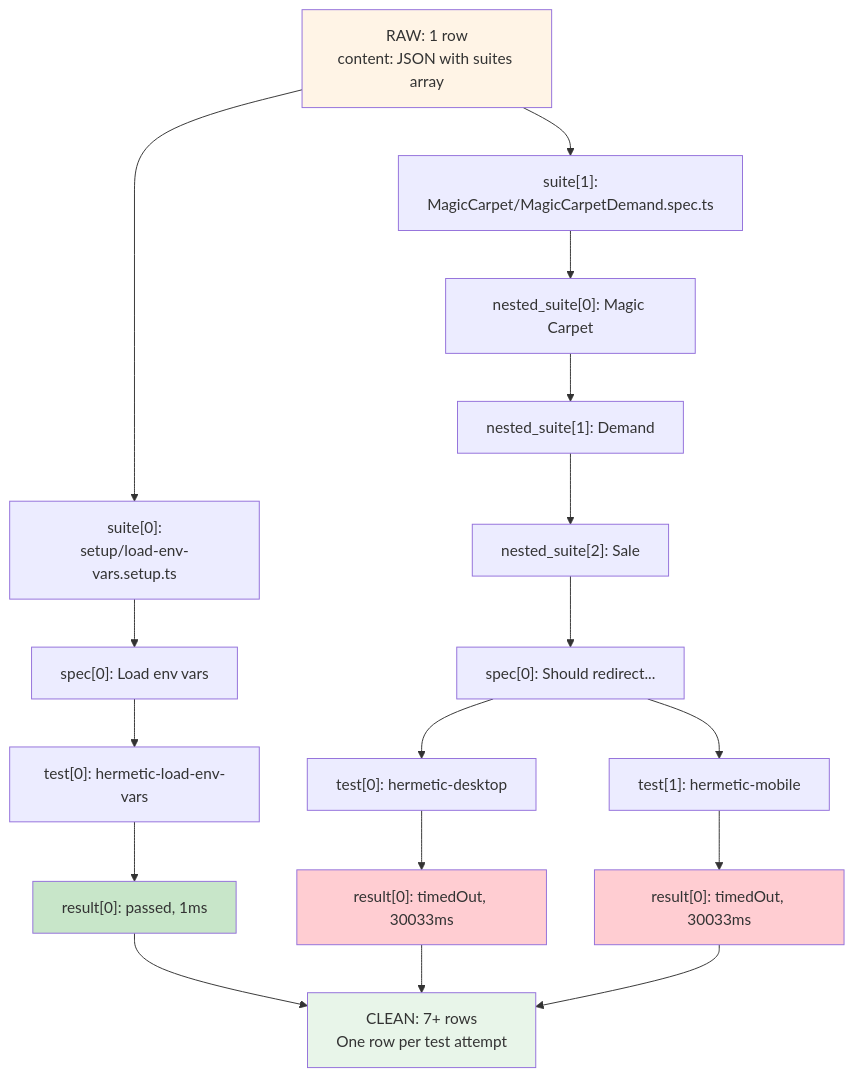
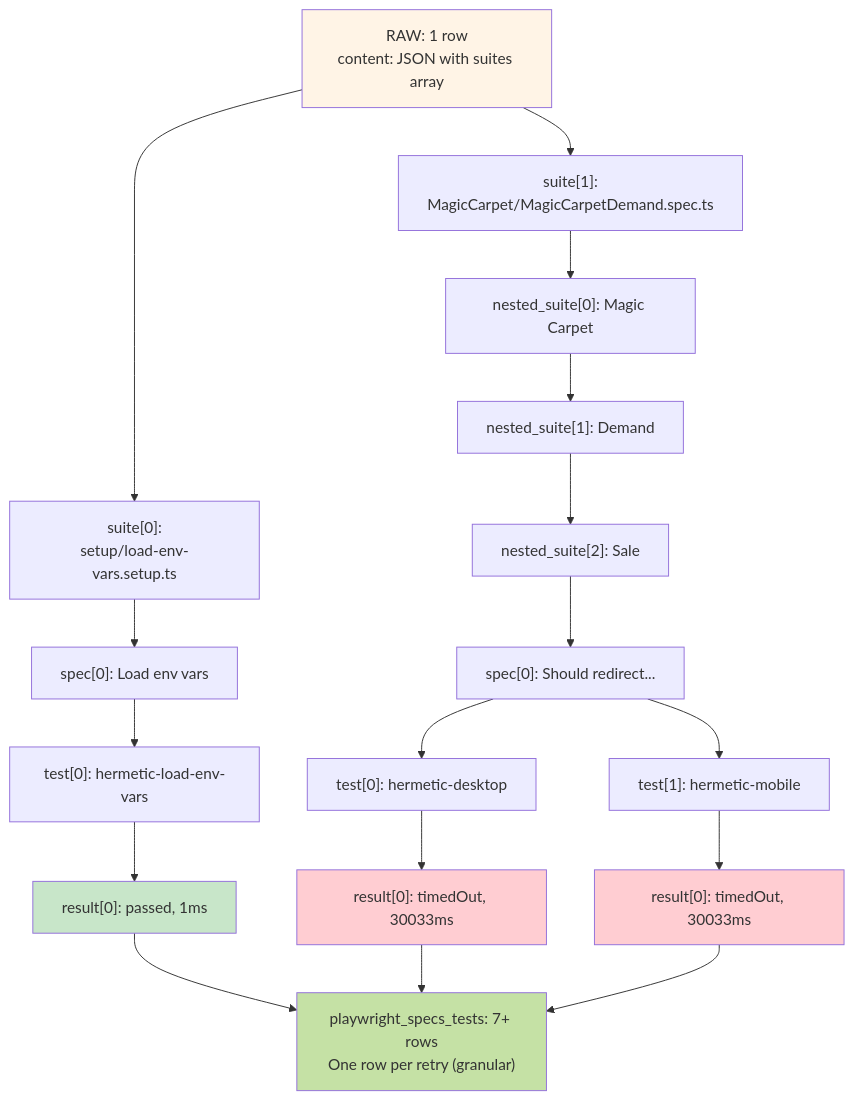
One commit to joseotaviorf/oh-my-pi changed the second of 5 diagrams in dags/tech_platform/release_validations_tests/README.md. Above: the diagram before and after it, drawn with Mermaid. The commit also changed other lines of this file and 5 other files, not shown here.

First line of the commit message:
SWAT Team - Add maestro_tests table for release validation test results processing (#21062)

````diff
--- a/dags/tech_platform/release_validations_tests/README.md
+++ b/dags/tech_platform/release_validations_tests/README.md
@@ -119,47 +175,47 @@
 ```mermaid
 graph TD
     RAW["RAW: 1 row<br/>content: JSON with suites array"]
 
     SUITE1["suite[0]:<br/>setup/load-env-vars.setup.ts"]
     SPEC1["spec[0]: Load env vars"]
     TEST1["test[0]: hermetic-load-env-vars"]
     RESULT1["result[0]: passed, 1ms"]
 
     SUITE2["suite[1]:<br/>MagicCarpet/MagicCarpetDemand.spec.ts"]
     NESTED1["nested_suite[0]: Magic Carpet"]
     NESTED2["nested_suite[1]: Demand"]
     NESTED3["nested_suite[2]: Sale"]
     SPEC2["spec[0]: Should redirect..."]
     TEST2A["test[0]: hermetic-desktop"]
     TEST2B["test[1]: hermetic-mobile"]
     RESULT2A["result[0]: timedOut, 30033ms"]
     RESULT2B["result[0]: timedOut, 30033ms"]
 
-    CLEAN["CLEAN: 7+ rows<br/>One row per test attempt"]
+    CLEAN_PW_SPECS["playwright_specs_tests: 7+ rows<br/>One row per retry (granular)"]
 
     RAW --> SUITE1
     RAW --> SUITE2
 
     SUITE1 --> SPEC1
     SPEC1 --> TEST1
     TEST1 --> RESULT1
 
     SUITE2 --> NESTED1
     NESTED1 --> NESTED2
     NESTED2 --> NESTED3
     NESTED3 --> SPEC2
     SPEC2 --> TEST2A
     SPEC2 --> TEST2B
     TEST2A --> RESULT2A
     TEST2B --> RESULT2B
 
-    RESULT1 --> CLEAN
-    RESULT2A --> CLEAN
-    RESULT2B --> CLEAN
+    RESULT1 --> CLEAN_PW_SPECS
+    RESULT2A --> CLEAN_PW_SPECS
+    RESULT2B --> CLEAN_PW_SPECS
 
     style RAW fill:#fff4e6
-    style CLEAN fill:#e8f5e9
+    style CLEAN_PW_SPECS fill:#c5e1a5
     style RESULT1 fill:#c8e6c9
     style RESULT2A fill:#ffcdd2
     style RESULT2B fill:#ffcdd2
 ```
````
